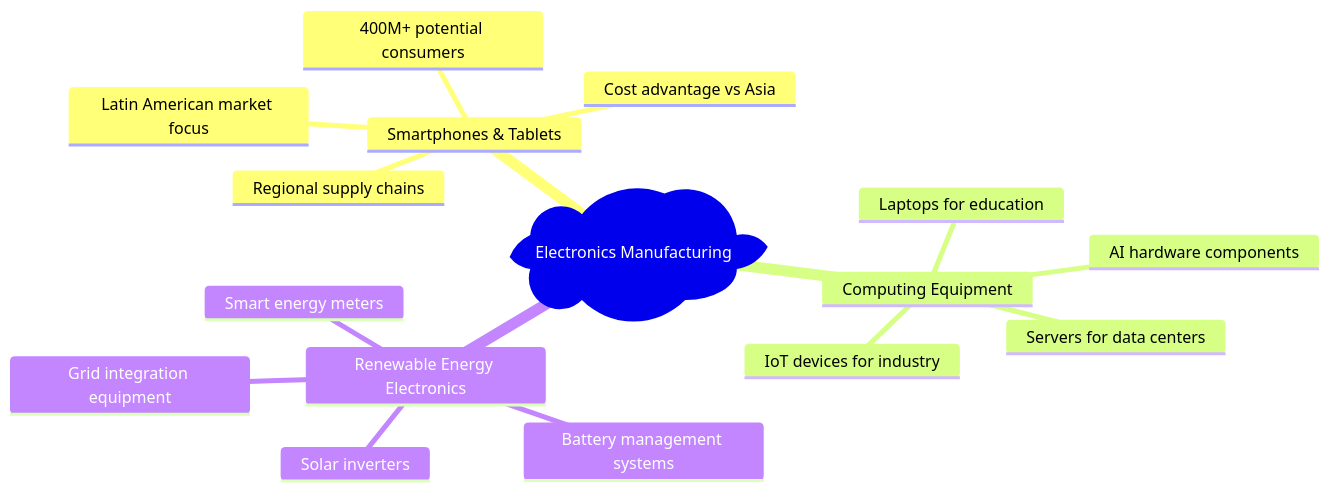
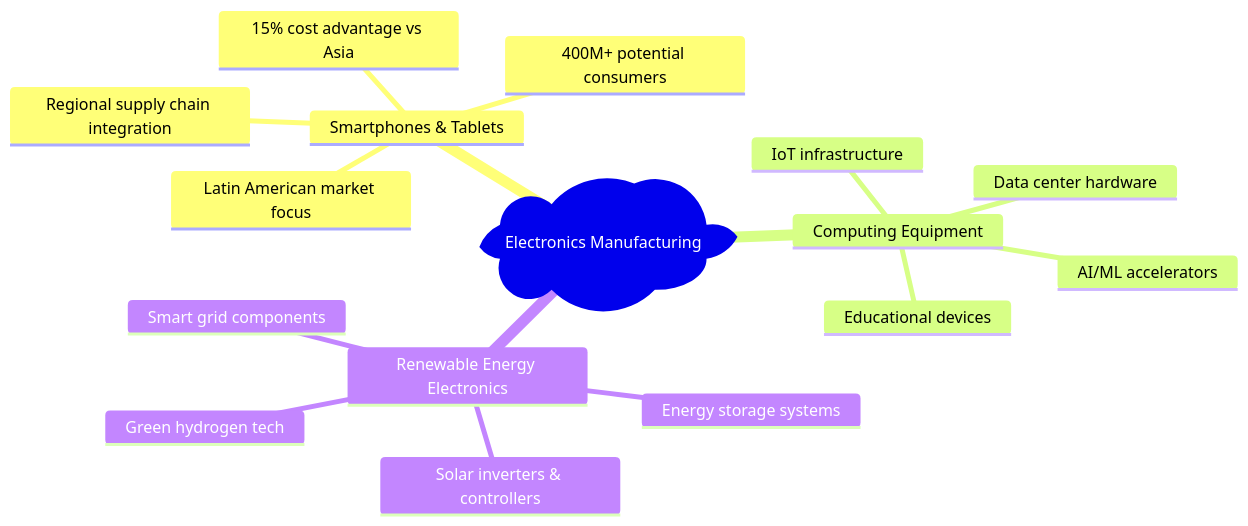
The second of 10 diagrams in docs/sectors/manufacturing.md (MRCORD/Peru2040), drawn with Mermaid before and after one commit. The commit also changed other lines of this file and 7 other files, not shown here.

````diff
--- a/docs/sectors/manufacturing.md
+++ b/docs/sectors/manufacturing.md
@@ -64,21 +73,21 @@
 ```mermaid
 mindmap
   root)Electronics Manufacturing(
     Smartphones & Tablets
       Latin American market focus
       400M+ potential consumers
-      Cost advantage vs Asia
-      Regional supply chains
+      15% cost advantage vs Asia
+      Regional supply chain integration
     
     Computing Equipment
-      Servers for data centers
-      Laptops for education
-      IoT devices for industry
-      AI hardware components
+      Data center hardware
+      Educational devices
+      IoT infrastructure
+      AI/ML accelerators
     
     Renewable Energy Electronics
-      Solar inverters
-      Battery management systems
-      Grid integration equipment
-      Smart energy meters
+      Solar inverters & controllers
+      Smart grid components
+      Energy storage systems
+      Green hydrogen tech
 ```
````
